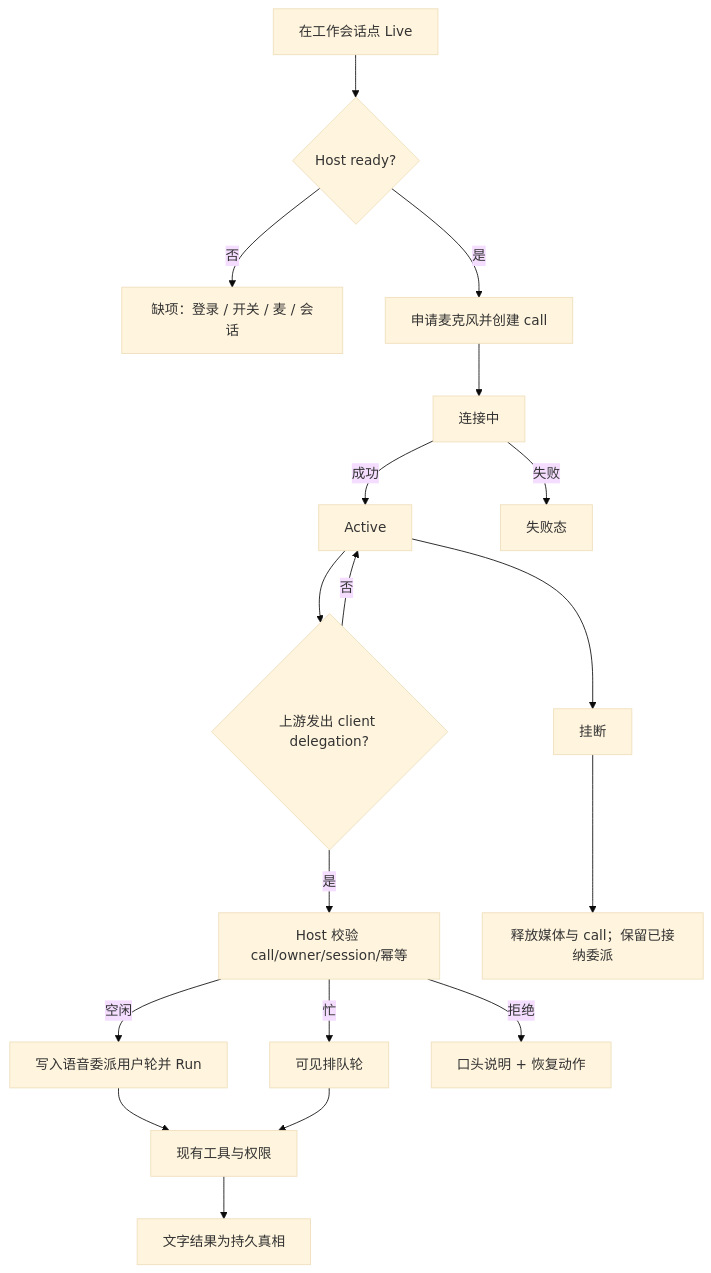
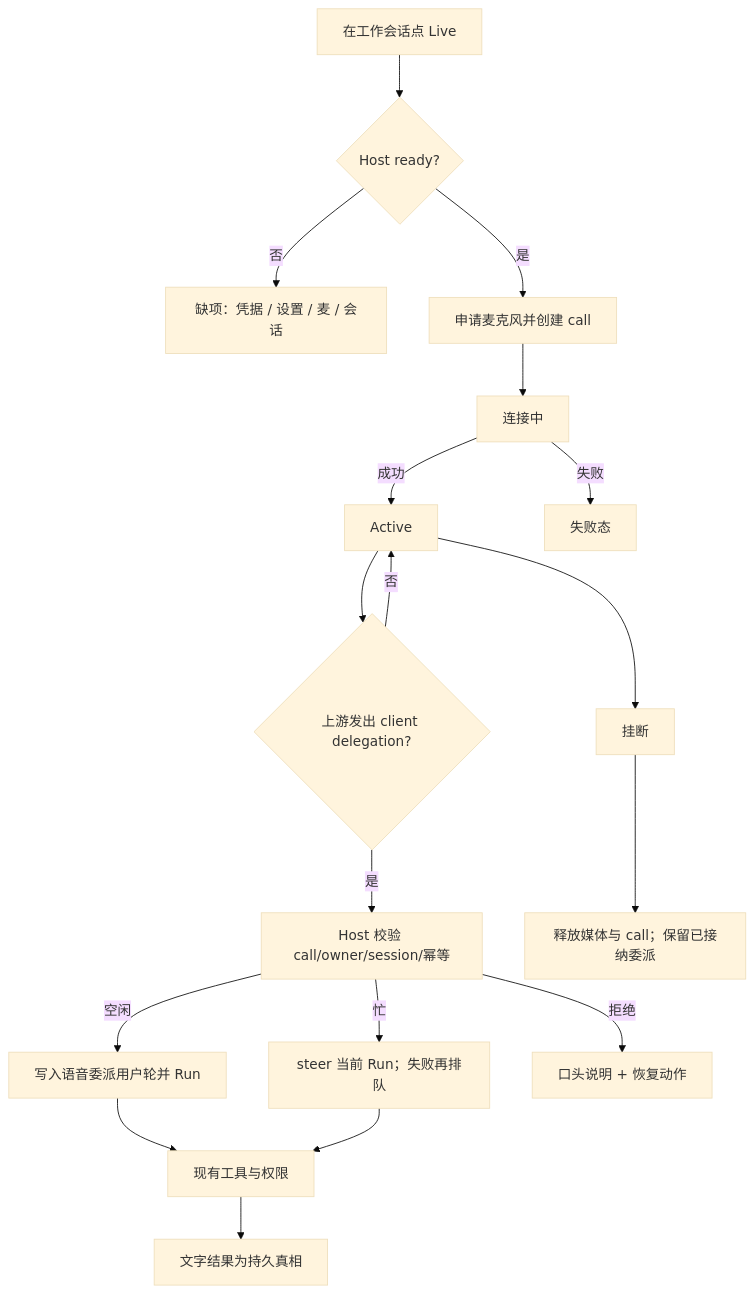
The second of 2 diagrams in docs/specs/2026-08-28-codex-live-product.md (mimimaster/piwin), drawn with Mermaid (base theme) before and after one commit. The commit also changed other lines of this file and 105 other files, not shown here.

````diff
--- a/docs/specs/2026-08-28-codex-live-product.md
+++ b/docs/specs/2026-08-28-codex-live-product.md
@@ -183,20 +186,20 @@
 ```mermaid
 flowchart TB
   A[在工作会话点 Live] --> B{Host ready?}
-  B -->|否| C[缺项：登录 / 开关 / 麦 / 会话]
+  B -->|否| C[缺项：凭据 / 设置 / 麦 / 会话]
   B -->|是| D[申请麦克风并创建 call]
   D --> E[连接中]
   E -->|成功| F[Active]
   E -->|失败| G[失败态]
   F --> H{上游发出 client delegation?}
   H -->|否| F
   H -->|是| I[Host 校验 call/owner/session/幂等]
   I -->|空闲| J[写入语音委派用户轮并 Run]
-  I -->|忙| K[可见排队轮]
+  I -->|忙| K[steer 当前 Run；失败再排队]
   I -->|拒绝| L[口头说明 + 恢复动作]
   J --> M[现有工具与权限]
   K --> M
   M --> N[文字结果为持久真相]
   F --> P[挂断]
   P --> Q[释放媒体与 call；保留已接纳委派]
 ```
````
